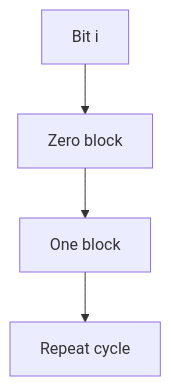
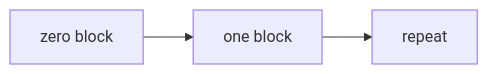
Before and after one commit to mthaiseer/springcloud-systemdesign-notes: the eighth of 22 diagrams in CP_DSA_NOTES/CONCEPT_FRAMEWORK_FORMS_TATICS/bitwise_playbook.md, drawn with Mermaid. The commit also changed other lines of this file, not shown here.

````diff
--- a/CP_DSA_NOTES/CONCEPT_FRAMEWORK_FORMS_TATICS/bitwise_playbook.md
+++ b/CP_DSA_NOTES/CONCEPT_FRAMEWORK_FORMS_TATICS/bitwise_playbook.md
@@ -355,6 +341,5 @@
 ```mermaid
-flowchart TD
-    A["Bit i"] --> B["Zero block"]
-    B --> C["One block"]
-    C --> D["Repeat cycle"]
+flowchart LR
+    A["zero block"] --> B["one block"]
+    B --> C["repeat"]
 ```
````
